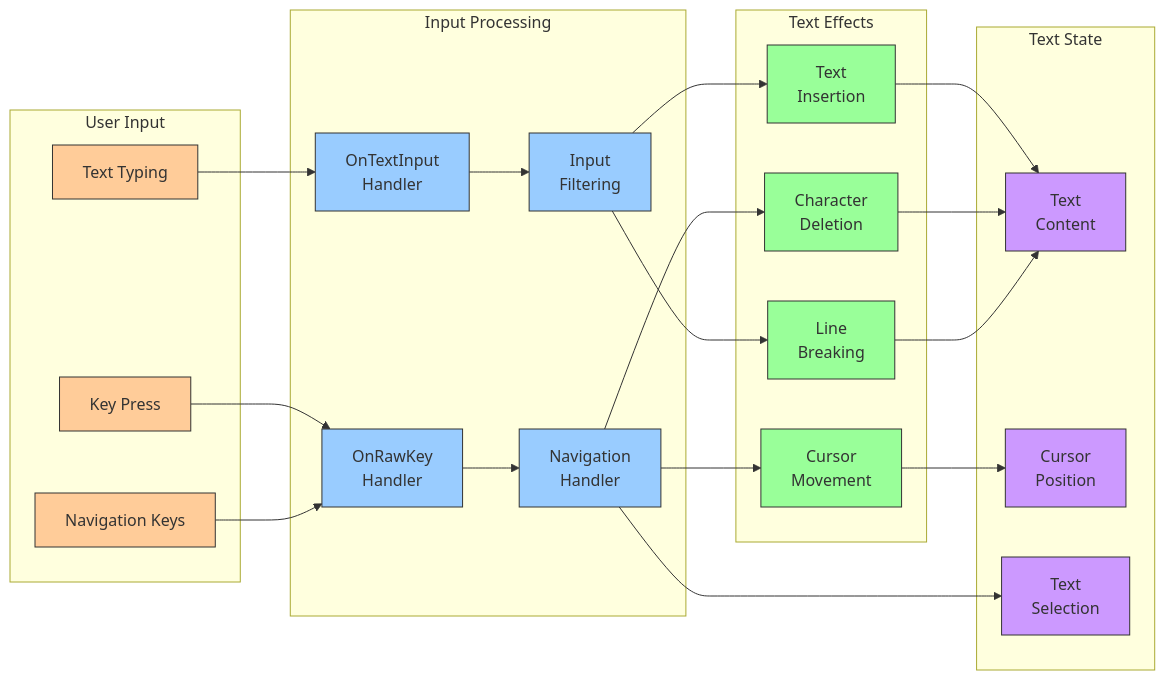
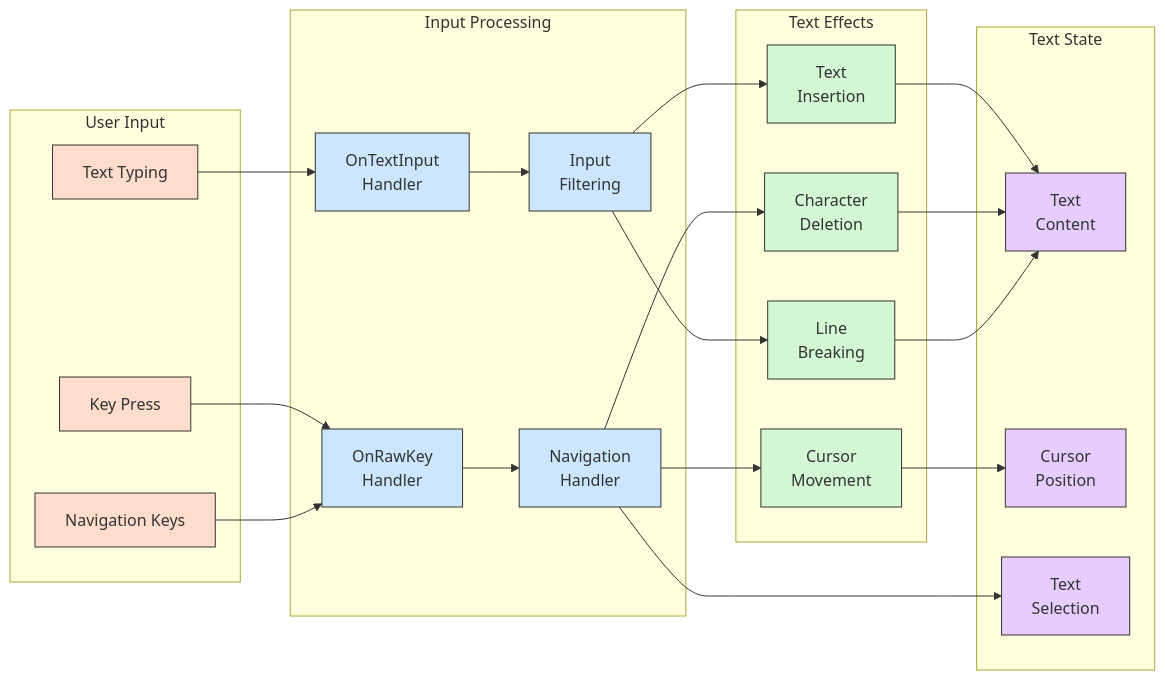
Before and after one commit to hegone/dst-quicknotes: the fourth of 7 diagrams in docs/visual_architecture.md, drawn with Mermaid. The commit also changed other lines of this file, not shown here.

````diff
--- a/docs/visual_architecture.md
+++ b/docs/visual_architecture.md
@@ -163,60 +163,60 @@
 ```mermaid
 flowchart LR
     %% Text input and cursor flow
     subgraph Input["User Input"]
         keypress["Key Press"]
         typing["Text Typing"]
         navigation["Navigation Keys"]
     end
     
     subgraph Processing["Input Processing"]
         raw_input["OnRawKey\nHandler"]
         text_input["OnTextInput\nHandler"]
         input_filter["Input\nFiltering"]
         key_handler["Navigation\nHandler"]
     end
     
     subgraph Effects["Text Effects"]
         text_insert["Text\nInsertion"]
         cursor_move["Cursor\nMovement"]
         line_break["Line\nBreaking"]
         text_delete["Character\nDeletion"]
     end
     
     subgraph State["Text State"]
         content["Text\nContent"]
         cursor["Cursor\nPosition"]
         selection["Text\nSelection"]
     end
     
     %% Connections
     keypress --> raw_input
     typing --> text_input
     navigation --> raw_input
     
     raw_input --> key_handler
     text_input --> input_filter
     
     key_handler --> cursor_move
     input_filter --> text_insert
     input_filter --> line_break
     key_handler --> text_delete
     
     cursor_move --> cursor
     text_insert --> content
     text_delete --> content
     line_break --> content
     
     key_handler --> selection
     
     %% Visual styling
-    classDef input fill:#ffcc99,stroke:#333,stroke-width:1px
-    classDef process fill:#99ccff,stroke:#333,stroke-width:1px
-    classDef effect fill:#99ff99,stroke:#333,stroke-width:1px
-    classDef state fill:#cc99ff,stroke:#333,stroke-width:1px
+    classDef input fill:#ffddcc,stroke:#333,stroke-width:1px,color:#333
+    classDef process fill:#cce6ff,stroke:#333,stroke-width:1px,color:#333
+    classDef effect fill:#d4f7d4,stroke:#333,stroke-width:1px,color:#333
+    classDef state fill:#e6ccff,stroke:#333,stroke-width:1px,color:#333
     
     class keypress,typing,navigation input
     class raw_input,text_input,input_filter,key_handler process
     class text_insert,cursor_move,line_break,text_delete effect
     class content,cursor,selection state
 ```
````
